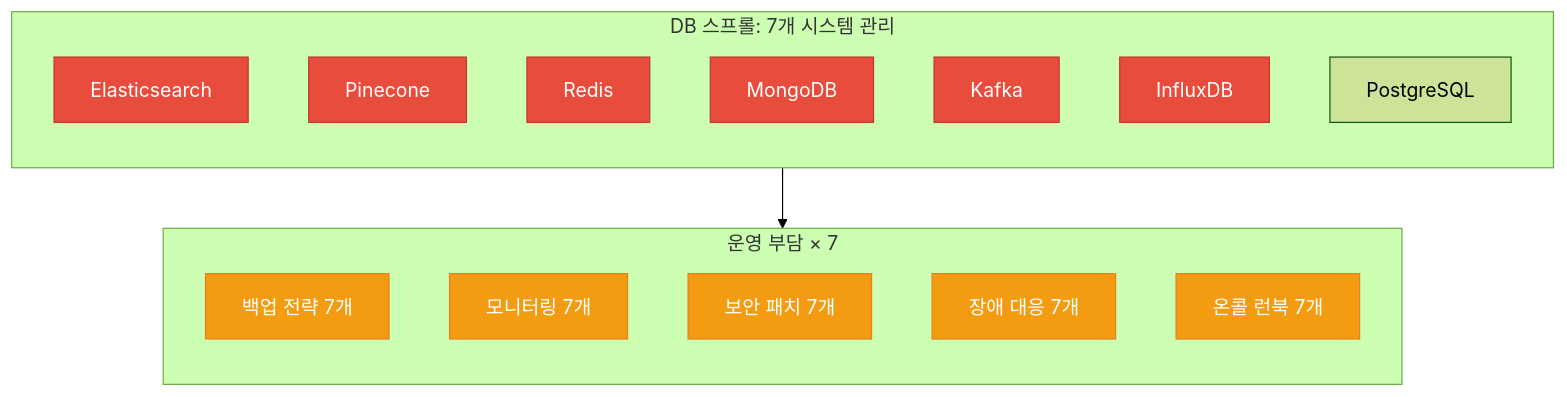
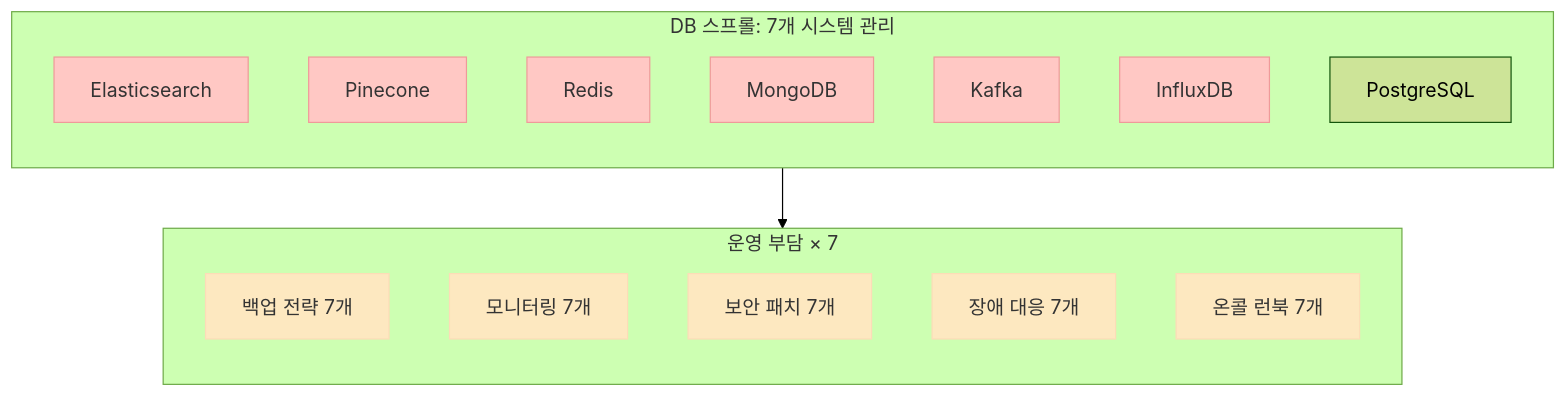
The second of 8 diagrams in content/post/2026/2026-03-08-just-use-postgres-2026.md (gyuha/blog), drawn with Mermaid (forest theme) before and after one commit. The commit also changed other lines of this file and 1 other file, not shown here.

````diff
--- a/content/post/2026/2026-03-08-just-use-postgres-2026.md
+++ b/content/post/2026/2026-03-08-just-use-postgres-2026.md
@@ -78,30 +78,30 @@
 ```mermaid
 flowchart 
     subgraph Sprawl["DB 스프롤: 7개 시스템 관리"]
         direction TB
         ES["Elasticsearch"]
         PC["Pinecone"]
         RD["Redis"]
         MG["MongoDB"]
         KF["Kafka"]
         IF["InfluxDB"]
         PG["PostgreSQL"]
     end
 
     subgraph Ops["운영 부담 × 7"]
         direction TB
         O1["백업 전략 7개"]
         O2["모니터링 7개"]
         O3["보안 패치 7개"]
         O4["장애 대응 7개"]
         O5["온콜 런북 7개"]
     end
 
     Sprawl --> Ops
 
-    classDef db fill:#e74c3c,color:#fff,stroke:#c0392b
-    classDef ops fill:#f39c12,color:#fff,stroke:#e67e22
+    classDef db fill:#ffc8c4,color:#333,stroke:#ef9a9a
+    classDef ops fill:#fde8c0,color:#333,stroke:#fddcb8
     class ES,PC,RD,MG,KF,IF db
-    class PG fill:#336791,color:#fff,stroke:#2c5f7c
+    class PG fill:#c5dcef,color:#333,stroke:#b0cfe0
     class O1,O2,O3,O4,O5 ops
 ```
````
